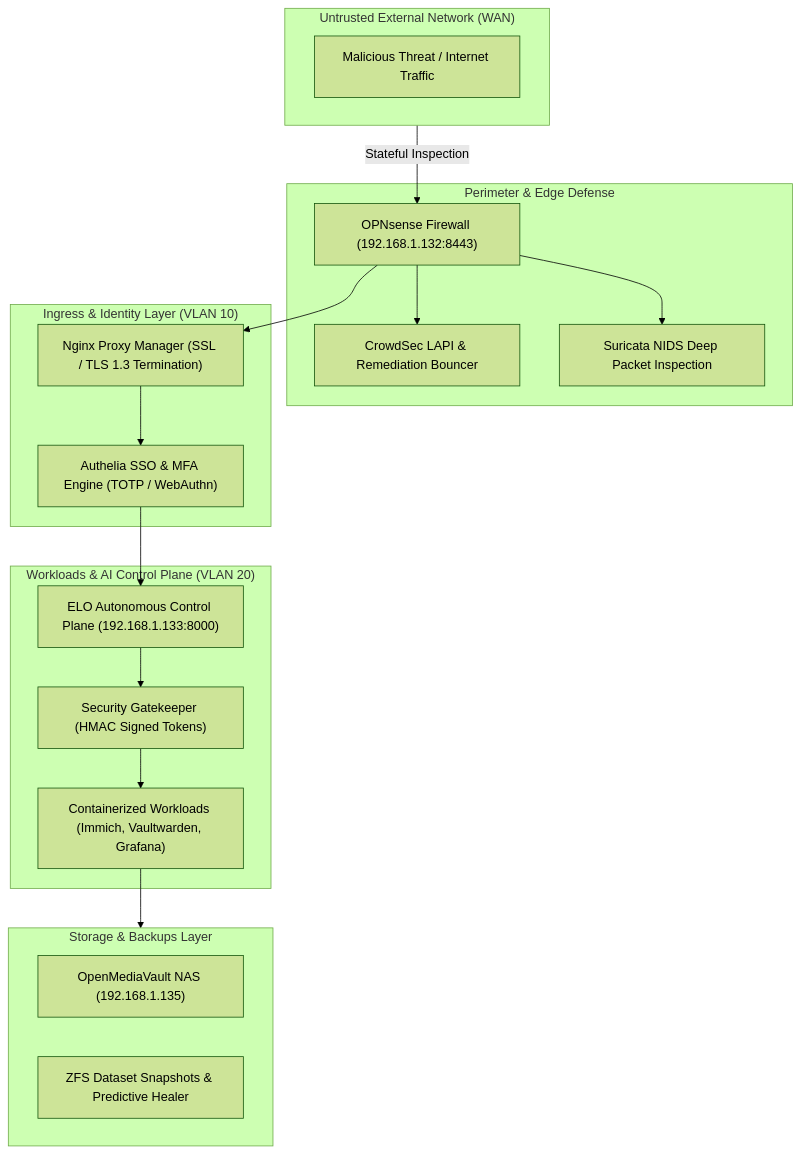
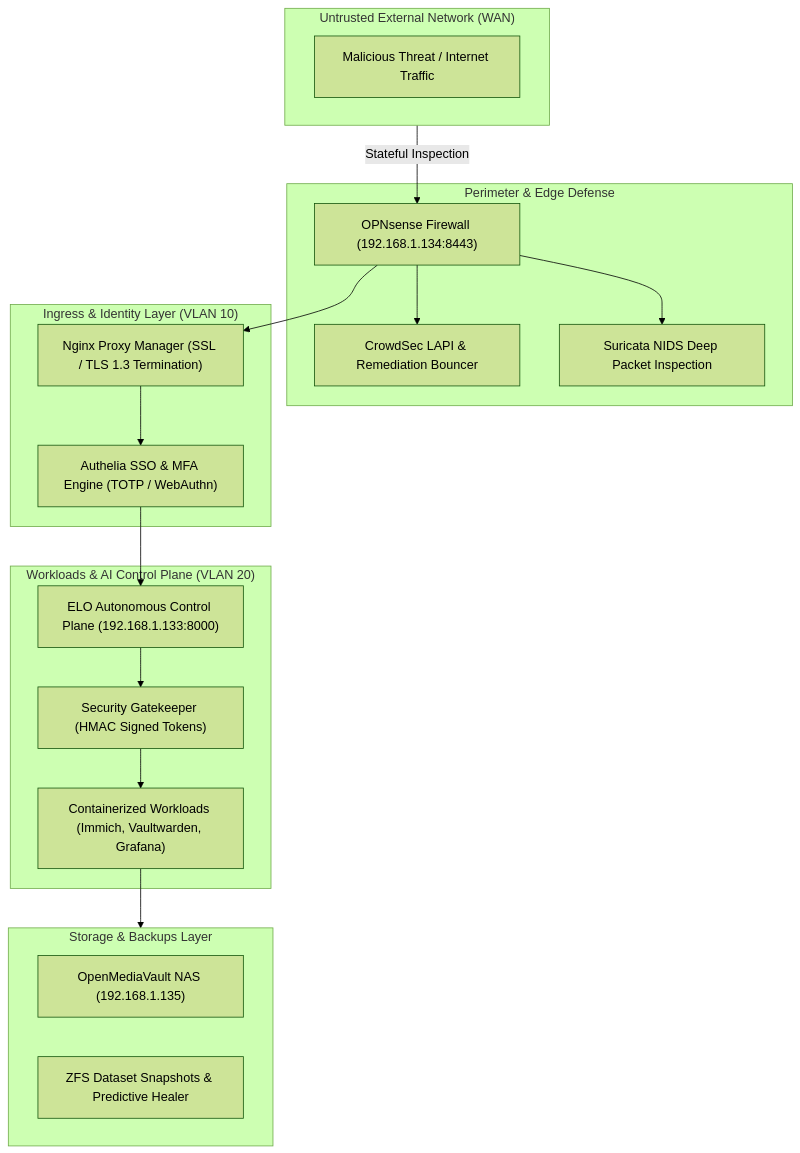
One commit to stefanutc1/datacenter changed the first of 3 diagrams in SECURITY.md. Above: the diagram before and after it, drawn with Mermaid (forest theme). The commit also changed 11 other files, not shown here.

Commit message:
fix(opnsense): update OPNsense firewall IP to 192.168.1.134 across topology, inventory, docs and website

````diff
--- a/SECURITY.md
+++ b/SECURITY.md
@@ -22,38 +22,38 @@
 ```mermaid
 graph TD
     subgraph WAN["Untrusted External Network (WAN)"]
         Attacker["Malicious Threat / Internet Traffic"]
     end
 
     subgraph EDGE["Perimeter & Edge Defense"]
-        OPNsense["OPNsense Firewall (192.168.1.132:8443)"]
+        OPNsense["OPNsense Firewall (192.168.1.134:8443)"]
         CrowdSec["CrowdSec LAPI & Remediation Bouncer"]
         Suricata["Suricata NIDS Deep Packet Inspection"]
     end
 
     subgraph CORE["Ingress & Identity Layer (VLAN 10)"]
         NPM["Nginx Proxy Manager (SSL / TLS 1.3 Termination)"]
         Authelia["Authelia SSO & MFA Engine (TOTP / WebAuthn)"]
     end
 
     subgraph APP["Workloads & AI Control Plane (VLAN 20)"]
         ELO["ELO Autonomous Control Plane (192.168.1.133:8000)"]
         Gatekeeper["Security Gatekeeper (HMAC Signed Tokens)"]
         Services["Containerized Workloads (Immich, Vaultwarden, Grafana)"]
     end
 
     subgraph STORAGE["Storage & Backups Layer"]
         OMV["OpenMediaVault NAS (192.168.1.135)"]
         ZFS["ZFS Dataset Snapshots & Predictive Healer"]
     end
 
     WAN -->|Stateful Inspection| OPNsense
     OPNsense --> CrowdSec
     OPNsense --> Suricata
     OPNsense --> NPM
     NPM --> Authelia
     Authelia --> ELO
     ELO --> Gatekeeper
     Gatekeeper --> Services
     Services --> STORAGE
 ```
````
